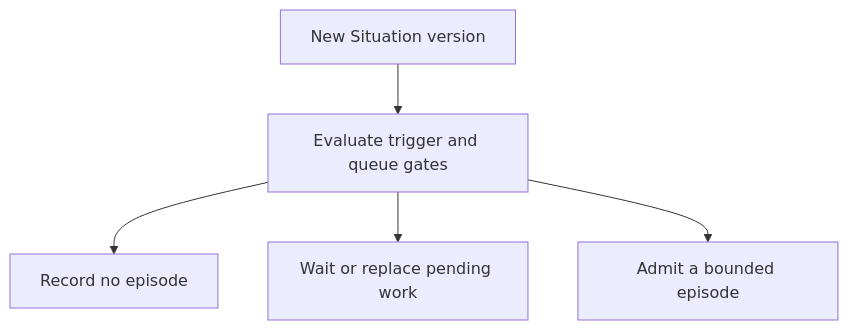
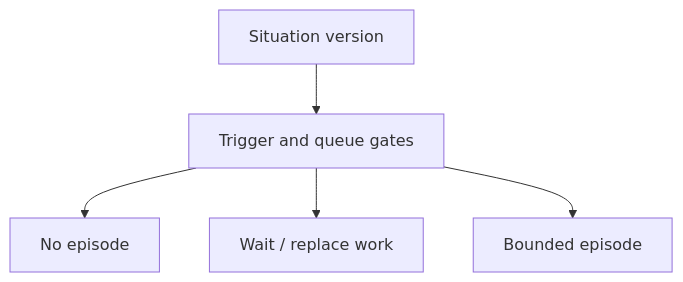
One commit to ghassan-ai-projects/agentic-stream changed the diagram in documentation/learn/reasoning.md. Above: the diagram before and after it, drawn with Mermaid. The commit also changed 37 other files, not shown here.

Commit message:
docs: simplify diagrams and verify the learning and runtime guides

````diff
--- a/documentation/learn/reasoning.md
+++ b/documentation/learn/reasoning.md
@@ -20,7 +20,7 @@
 ```mermaid
 flowchart TD
-    V["New Situation version"] --> G["Evaluate trigger and queue gates"]
-    G --> N["Record no episode"]
-    G --> W["Wait or replace pending work"]
-    G --> E["Admit a bounded episode"]
+    V["Situation version"] --> G["Trigger and queue gates"]
+    G --> N["No episode"]
+    G --> W["Wait / replace work"]
+    G --> E["Bounded episode"]
 ```
````
